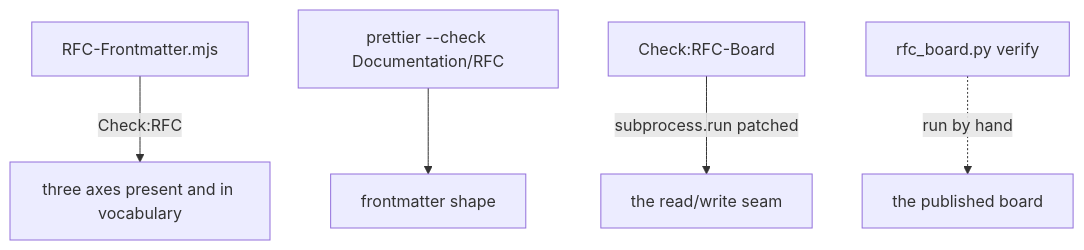
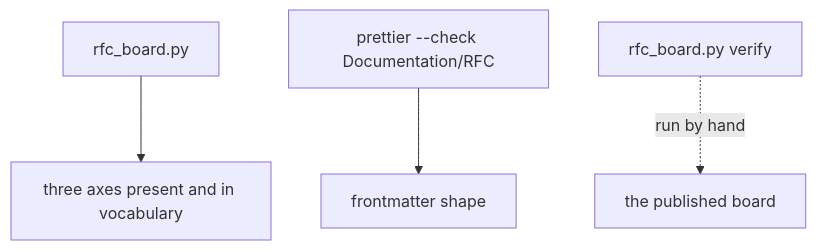
One commit to NikolaRHristov/TimeLine changed the third of 4 diagrams in Documentation/Reference/Diagram/Board.md. Above: the diagram before and after it, drawn with Mermaid. The commit also changed other lines of this file and 136 other files, not shown here.

````diff
--- a/Documentation/Reference/Diagram/Board.md
+++ b/Documentation/Reference/Diagram/Board.md
@@ -62,7 +59,6 @@
 ```mermaid
 flowchart TD
-  RFC["RFC-Frontmatter.mjs"] -->|"Check:RFC"| AX["three axes present and in vocabulary"]
+  PARSE["rfc_board.py"] --> AX["three axes present and in vocabulary"]
   PRET["prettier --check Documentation/RFC"] --> SH["frontmatter shape"]
-  TESTS["Check:RFC-Board"] -->|"subprocess.run patched"| SEAM["the read/write seam"]
   VER["rfc_board.py verify"] -.->|"run by hand"| LIVE["the published board"]
 ```
````
